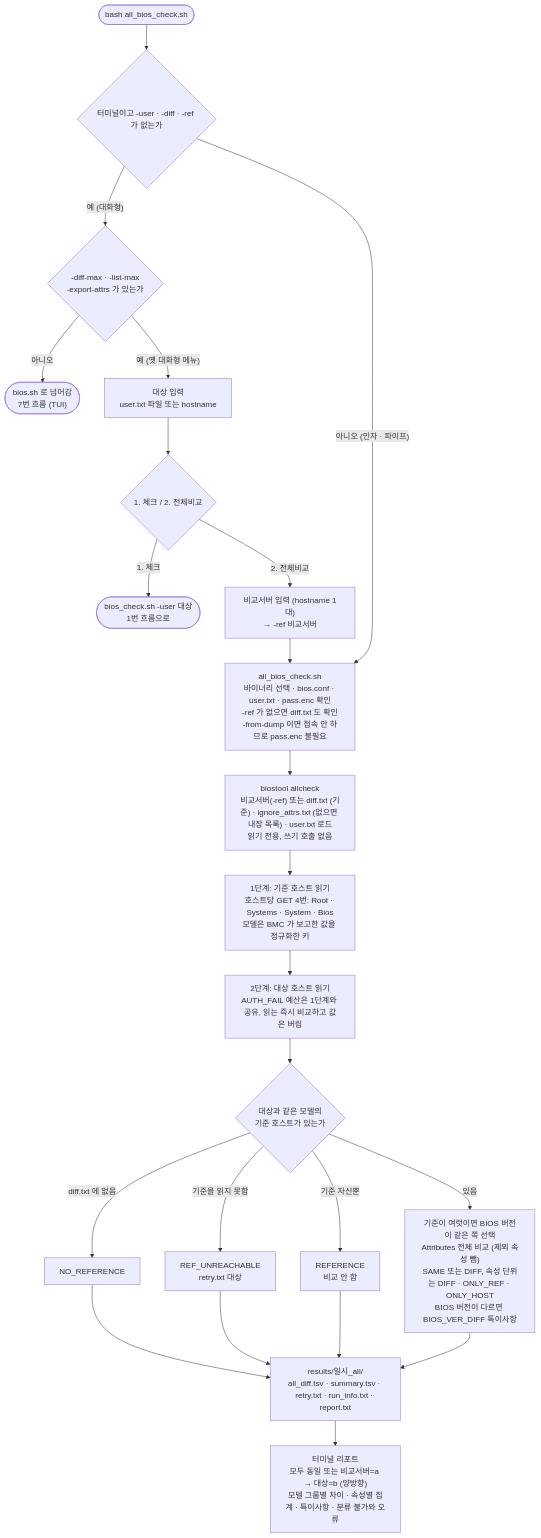
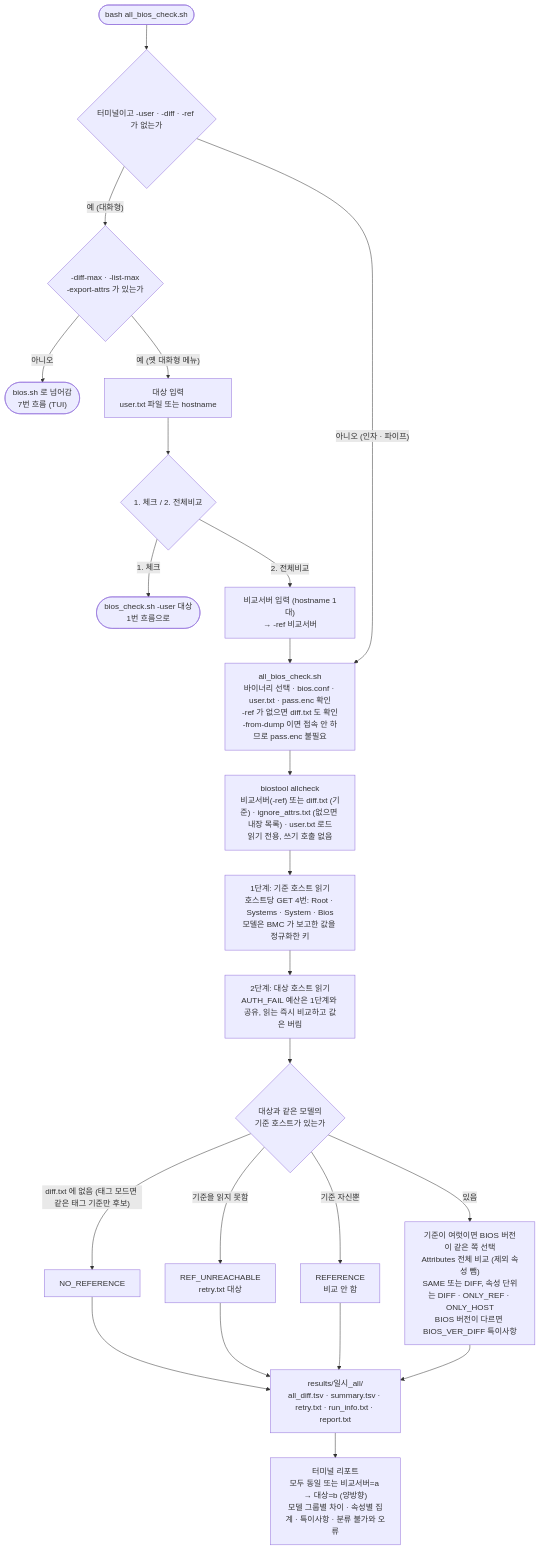
Before and after one commit to qazx2675/myrepo: the fourth of 8 diagrams in .claude/HPC/redfish/WORKFLOW.md, drawn with Mermaid. The commit also changed other lines of this file and 26 other files, not shown here.

````diff
--- a/.claude/HPC/redfish/WORKFLOW.md
+++ b/.claude/HPC/redfish/WORKFLOW.md
@@ -115,25 +115,25 @@
 ```mermaid
 flowchart TD
     S(["bash all_bios_check.sh"]) --> IN{"터미널이고 -user · -diff · -ref 가 없는가"}
     IN -->|"예 (대화형)"| IN2{"-diff-max · -list-max<br/>-export-attrs 가 있는가"}
     IN2 -->|"아니오"| BS(["bios.sh 로 넘어감<br/>7번 흐름 (TUI)"])
     IN2 -->|"예 (옛 대화형 메뉴)"| Q1["대상 입력<br/>user.txt 파일 또는 hostname"]
     Q1 --> Q2{"1. 체크 / 2. 전체비교"}
     Q2 -->|"1. 체크"| CK(["bios_check.sh -user 대상<br/>1번 흐름으로"])
     Q2 -->|"2. 전체비교"| Q3["비교서버 입력 (hostname 1대)<br/>→ -ref 비교서버"]
     IN -->|"아니오 (인자 · 파이프)"| W
     Q3 --> W["all_bios_check.sh<br/>바이너리 선택 · bios.conf · user.txt · pass.enc 확인<br/>-ref 가 없으면 diff.txt 도 확인<br/>-from-dump 이면 접속 안 하므로 pass.enc 불필요"]
     W --> L["biostool allcheck<br/>비교서버(-ref) 또는 diff.txt (기준) · ignore_attrs.txt (없으면 내장 목록) · user.txt 로드<br/>읽기 전용, 쓰기 호출 없음"]
     L --> R1["1단계: 기준 호스트 읽기<br/>호스트당 GET 4번: Root · Systems · System · Bios<br/>모델은 BMC 가 보고한 값을 정규화한 키"]
     R1 --> R2["2단계: 대상 호스트 읽기<br/>AUTH_FAIL 예산은 1단계와 공유, 읽는 즉시 비교하고 값은 버림"]
     R2 --> C{"대상과 같은 모델의<br/>기준 호스트가 있는가"}
-    C -->|"diff.txt 에 없음"| NR["NO_REFERENCE"]
+    C -->|"diff.txt 에 없음 (태그 모드면 같은 태그 기준만 후보)"| NR["NO_REFERENCE"]
     C -->|"기준을 읽지 못함"| RU["REF_UNREACHABLE<br/>retry.txt 대상"]
     C -->|"기준 자신뿐"| RF["REFERENCE<br/>비교 안 함"]
     C -->|"있음"| CP["기준이 여럿이면 BIOS 버전이 같은 쪽 선택<br/>Attributes 전체 비교 (제외 속성 뺌)<br/>SAME 또는 DIFF, 속성 단위는 DIFF · ONLY_REF · ONLY_HOST<br/>BIOS 버전이 다르면 BIOS_VER_DIFF 특이사항"]
     CP --> O
     NR --> O
     RU --> O
     RF --> O
     O["results/일시_all/<br/>all_diff.tsv · summary.tsv · retry.txt · run_info.txt · report.txt"] --> T["터미널 리포트<br/>모두 동일 또는 비교서버=a → 대상=b (양방향)<br/>모델 그룹별 차이 · 속성별 집계 · 특이사항 · 분류 불가와 오류"]
 ```
````
